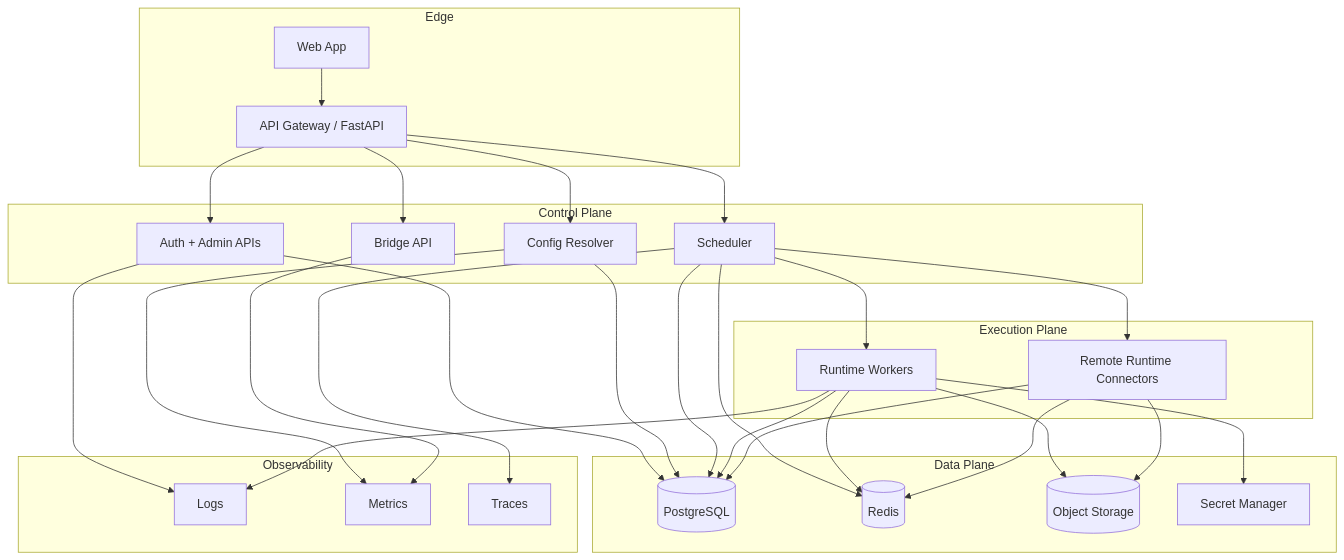
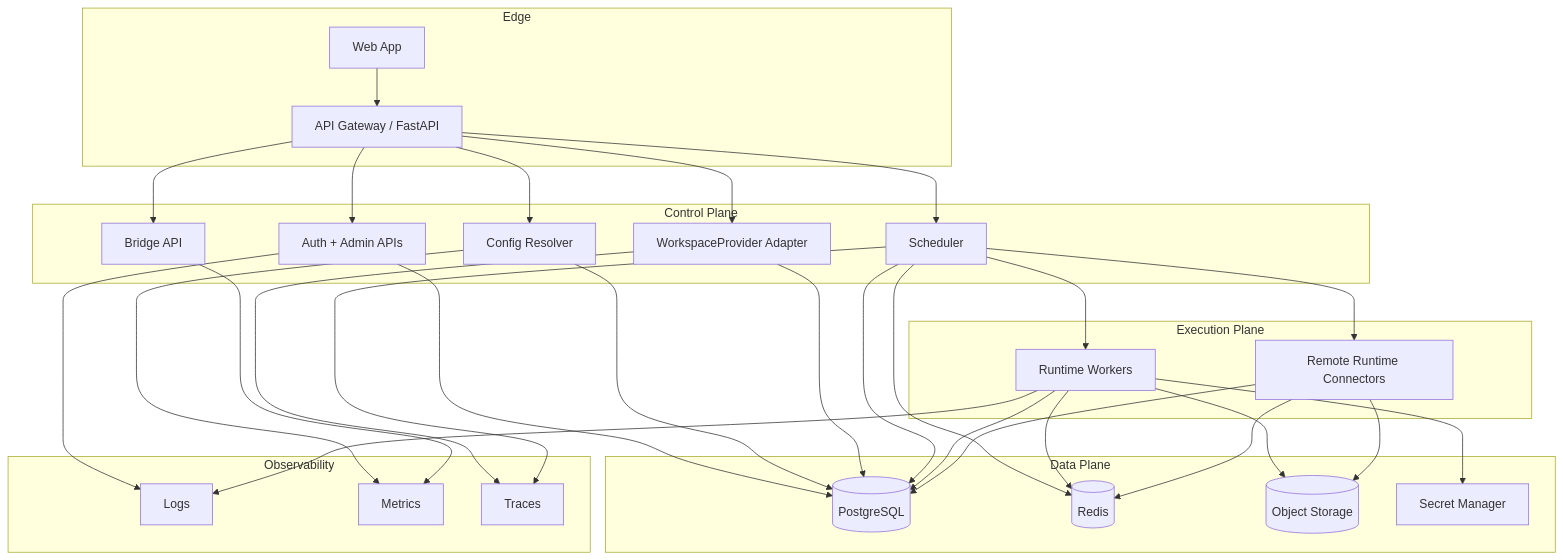
The diagram in packages/ya-agent-platform/spec/010-deployment-topology.md (Wh1isper/ya-mono), drawn with Mermaid before and after one commit. The commit also changed other lines of this file and 24 other files, not shown here.

````diff
--- a/packages/ya-agent-platform/spec/010-deployment-topology.md
+++ b/packages/ya-agent-platform/spec/010-deployment-topology.md
@@ -11,59 +11,63 @@
 ```mermaid
 flowchart TB
     subgraph Edge[Edge]
         WEB[Web App]
         API[API Gateway / FastAPI]
     end
 
     subgraph Control[Control Plane]
         AUTH[Auth + Admin APIs]
         RESOLVE[Config Resolver]
+        PROVIDER[WorkspaceProvider Adapter]
         SCHED[Scheduler]
         BRIDGE[Bridge API]
     end
 
     subgraph Exec[Execution Plane]
         WORKERS[Runtime Workers]
         REMOTE[Remote Runtime Connectors]
     end
 
     subgraph Data[Data Plane]
         PG[(PostgreSQL)]
         RD[(Redis)]
         OBJ[(Object Storage)]
         SEC[Secret Manager]
     end
 
     subgraph Obs[Observability]
         LOGS[Logs]
         METRICS[Metrics]
         TRACES[Traces]
     end
 
     WEB --> API
     API --> AUTH
     API --> RESOLVE
+    API --> PROVIDER
     API --> SCHED
     API --> BRIDGE
 
     SCHED --> WORKERS
     SCHED --> REMOTE
 
     AUTH --> PG
     RESOLVE --> PG
+    PROVIDER --> PG
     SCHED --> PG
     SCHED --> RD
     WORKERS --> PG
     WORKERS --> RD
     WORKERS --> OBJ
     WORKERS --> SEC
     REMOTE --> PG
     REMOTE --> RD
     REMOTE --> OBJ
 
     AUTH --> LOGS
     RESOLVE --> METRICS
+    PROVIDER --> TRACES
     SCHED --> TRACES
     WORKERS --> LOGS
     BRIDGE --> METRICS
 ```
````
